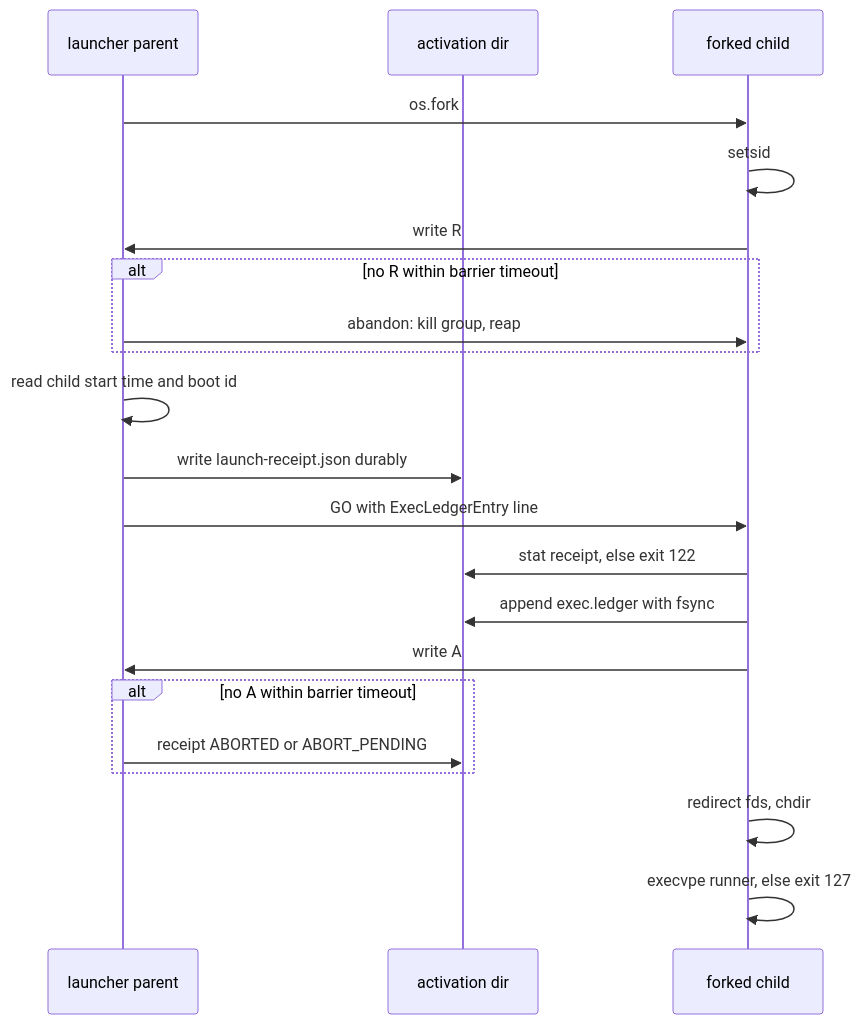
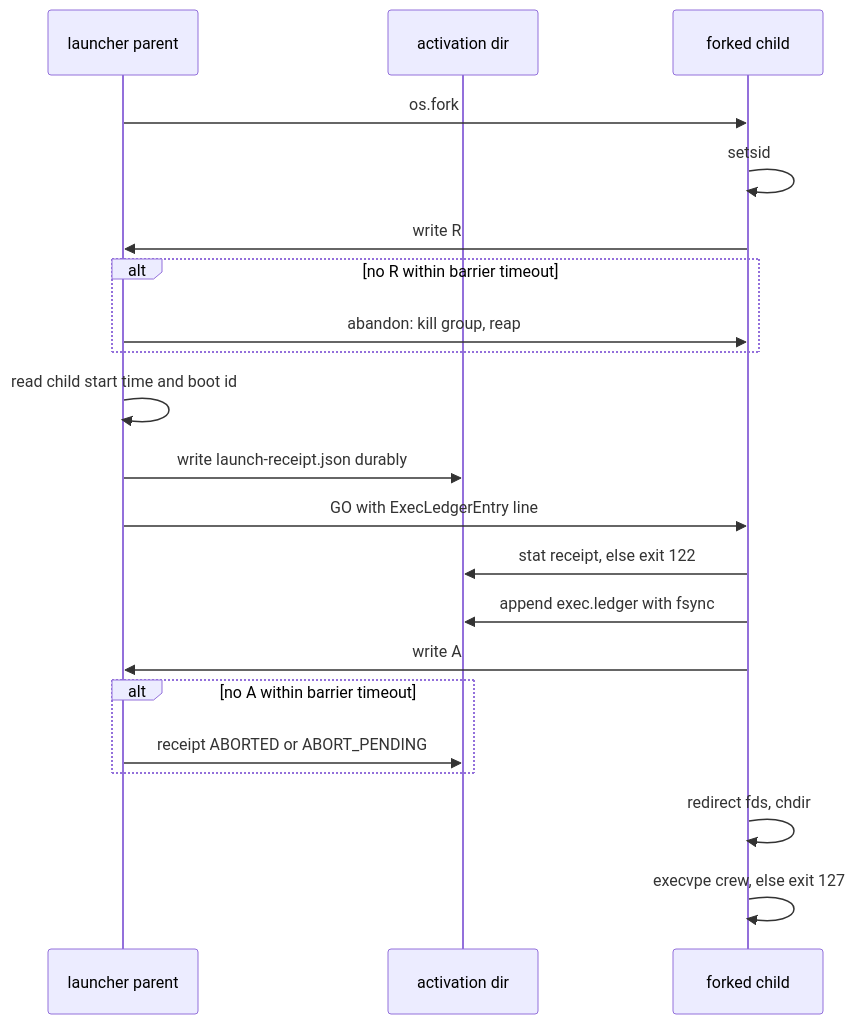
Diagram 30 of 46 in docs/workflow-interpreter-guide/diagrams.md (MVPavan/coding-ritual), drawn with Mermaid before and after one commit. The commit also changed other lines of this file and 361 other files, not shown here.

````diff
--- a/docs/workflow-interpreter-guide/diagrams.md
+++ b/docs/workflow-interpreter-guide/diagrams.md
@@ -1288,23 +1288,23 @@
 ```mermaid
 sequenceDiagram
   participant LP as launcher parent
   participant FS as activation dir
   participant CH as forked child
   LP->>CH: os.fork
   CH->>CH: setsid
   CH->>LP: write R
   alt no R within barrier timeout
     LP->>CH: abandon: kill group, reap
   end
   LP->>LP: read child start time and boot id
   LP->>FS: write launch-receipt.json durably
   LP->>CH: GO with ExecLedgerEntry line
   CH->>FS: stat receipt, else exit 122
   CH->>FS: append exec.ledger with fsync
   CH->>LP: write A
   alt no A within barrier timeout
     LP->>FS: receipt ABORTED or ABORT_PENDING
   end
   CH->>CH: redirect fds, chdir
-  CH->>CH: execvpe runner, else exit 127
+  CH->>CH: execvpe crew, else exit 127
 ```
````
